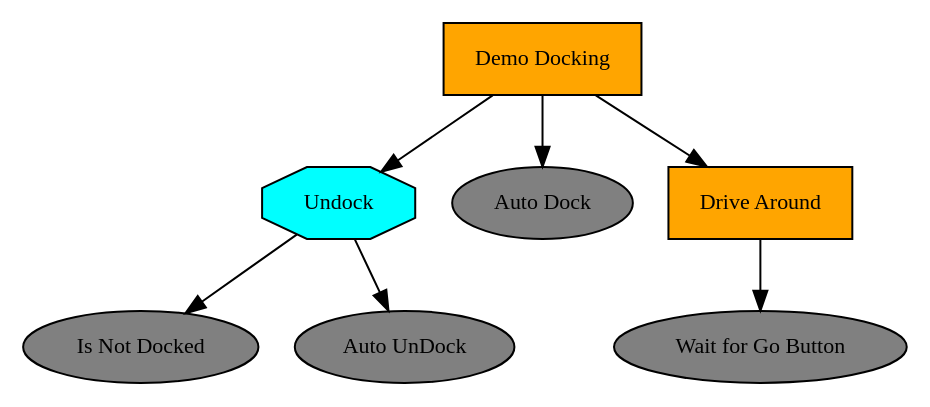
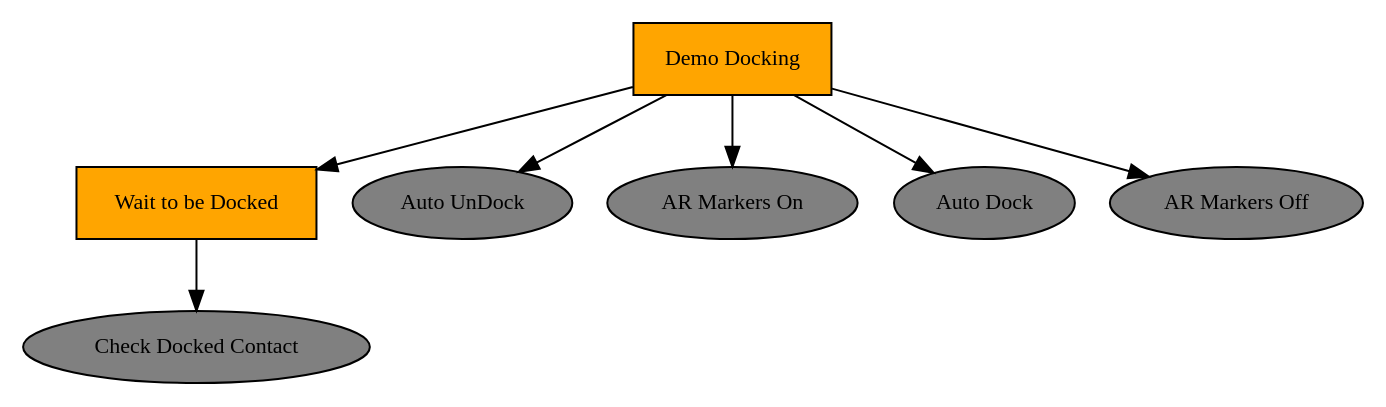
Before and after one commit to splintered-reality/py_trees: the diagram in gopher_behaviours/doc/dot/demo_docking.dot, drawn with Graphviz. The commit also changed 6 other files, not shown here.

```diff
--- a/gopher_behaviours/doc/dot/demo_docking.dot
+++ b/gopher_behaviours/doc/dot/demo_docking.dot
@@ -1,15 +1,15 @@
 digraph demo_docking {
 "Demo Docking" [shape=box, fontsize=11, style=filled, fillcolor=orange];
-Undock [shape=octagon, fontsize=11, style=filled, fillcolor=cyan];
-"Demo Docking" -> Undock;
-"Is Not Docked" [shape=ellipse, fontsize=11, style=filled, fillcolor=gray];
-Undock -> "Is Not Docked";
+"Wait to be Docked" [shape=box, fontsize=11, style=filled, fillcolor=orange];
+"Demo Docking" -> "Wait to be Docked";
+"Check Docked Contact" [shape=ellipse, fontsize=11, style=filled, fillcolor=gray];
+"Wait to be Docked" -> "Check Docked Contact";
 "Auto UnDock" [shape=ellipse, fontsize=11, style=filled, fillcolor=gray];
-Undock -> "Auto UnDock";
+"Demo Docking" -> "Auto UnDock";
+"AR Markers On" [shape=ellipse, fontsize=11, style=filled, fillcolor=gray];
+"Demo Docking" -> "AR Markers On";
 "Auto Dock" [shape=ellipse, fontsize=11, style=filled, fillcolor=gray];
 "Demo Docking" -> "Auto Dock";
-"Drive Around" [shape=box, fontsize=11, style=filled, fillcolor=orange];
-"Demo Docking" -> "Drive Around";
-"Wait for Go Button" [shape=ellipse, fontsize=11, style=filled, fillcolor=gray];
-"Drive Around" -> "Wait for Go Button";
+"AR Markers Off" [shape=ellipse, fontsize=11, style=filled, fillcolor=gray];
+"Demo Docking" -> "AR Markers Off";
 }
```
